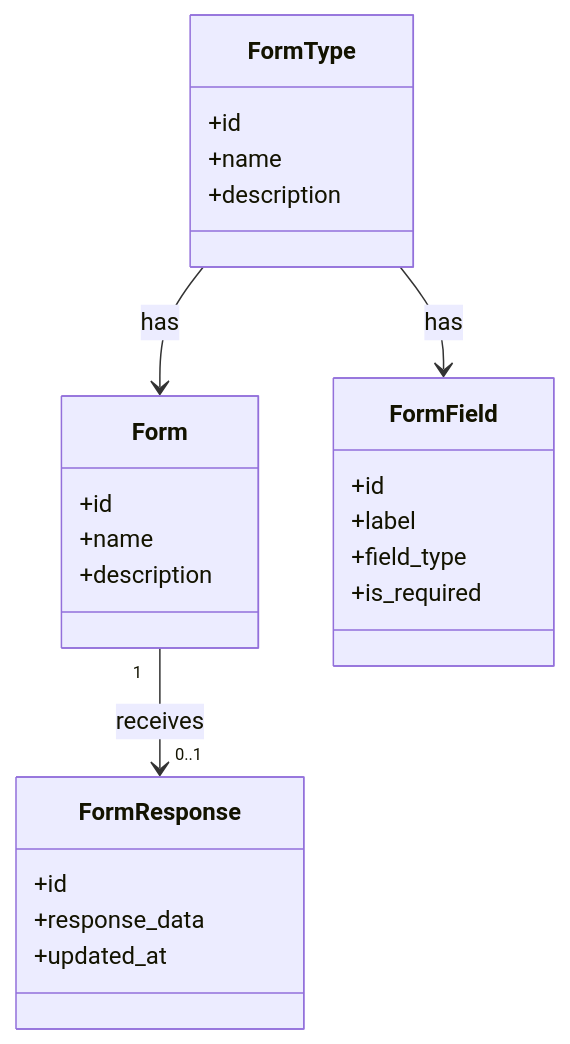
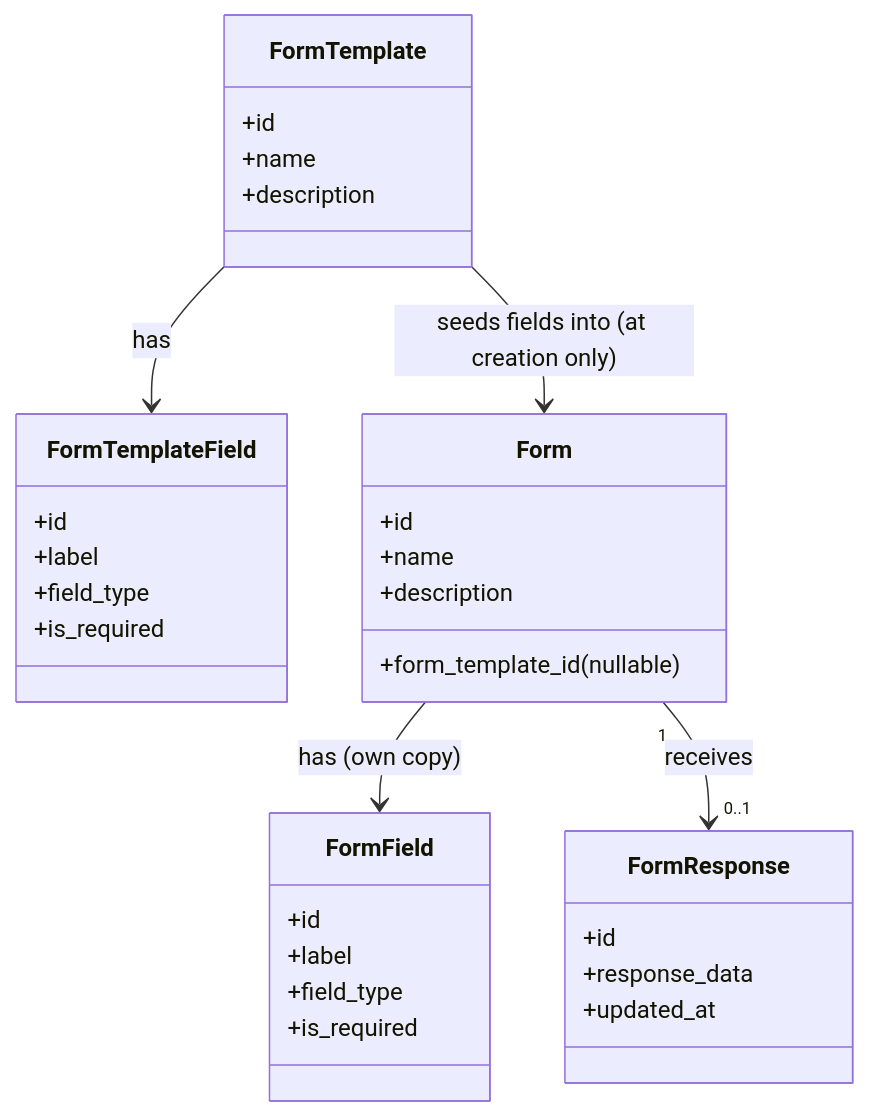
Before and after one commit to gricob/tandem: the first of 2 diagrams in docs/modelo-datos.md, drawn with Mermaid. The commit also changed other lines of this file and 93 other files, not shown here.

````diff
--- a/docs/modelo-datos.md
+++ b/docs/modelo-datos.md
@@ -108,31 +130,40 @@
 ```mermaid
 classDiagram
-    class FormType {
+    class FormTemplate {
         +id
         +name
         +description
+    }
+
+    class FormTemplateField {
+        +id
+        +label
+        +field_type
+        +is_required
     }
 
     class Form {
         +id
         +name
         +description
+        +form_template_id (nullable)
     }
 
     class FormField {
         +id
         +label
         +field_type
         +is_required
     }
 
     class FormResponse {
         +id
         +response_data
         +updated_at
     }
 
-    FormType --> FormField : has
-    FormType --> Form : has
+    FormTemplate --> FormTemplateField : has
+    FormTemplate --> Form : seeds fields into (at creation only)
+    Form --> FormField : has (own copy)
     Form "1" --> "0..1" FormResponse : receives
 ```
````
